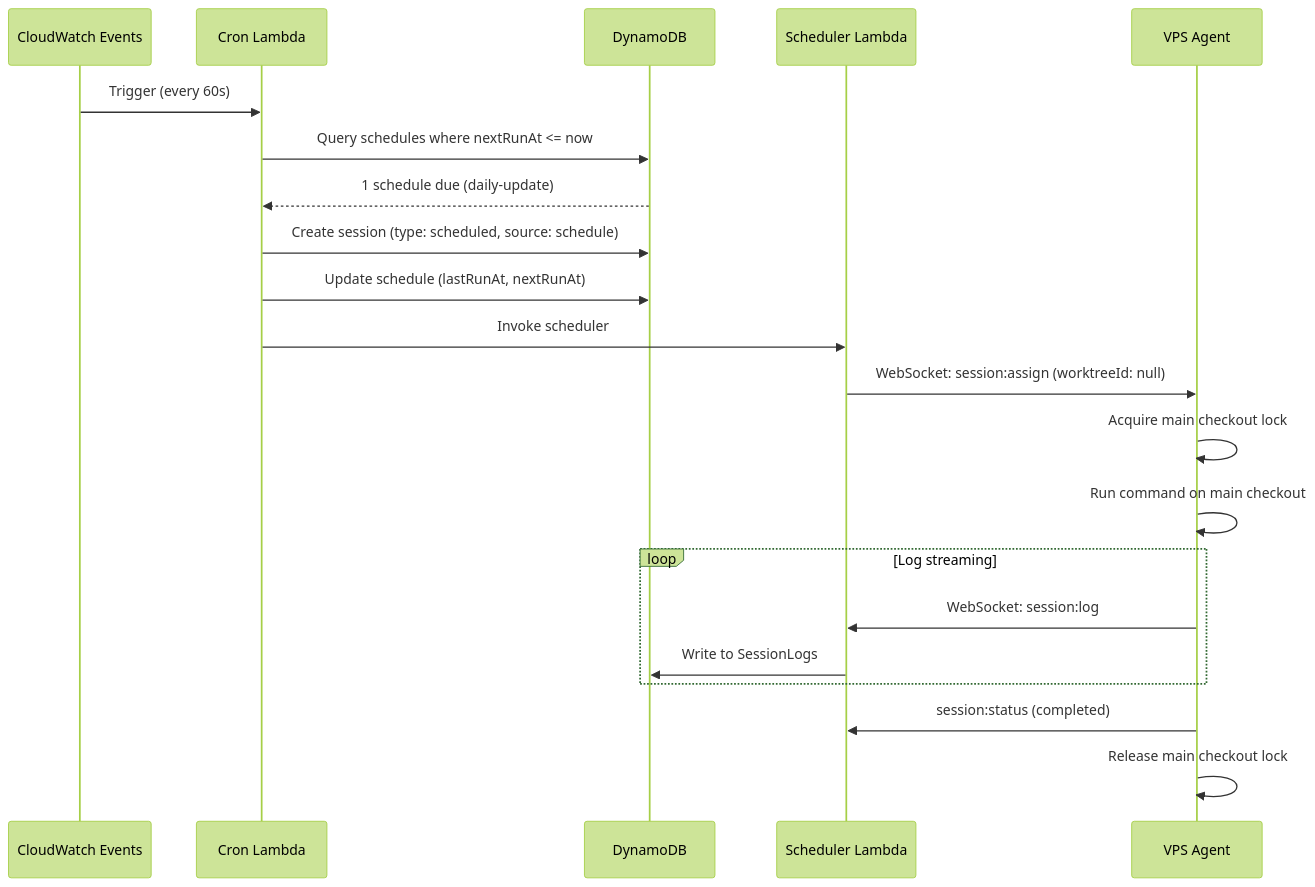
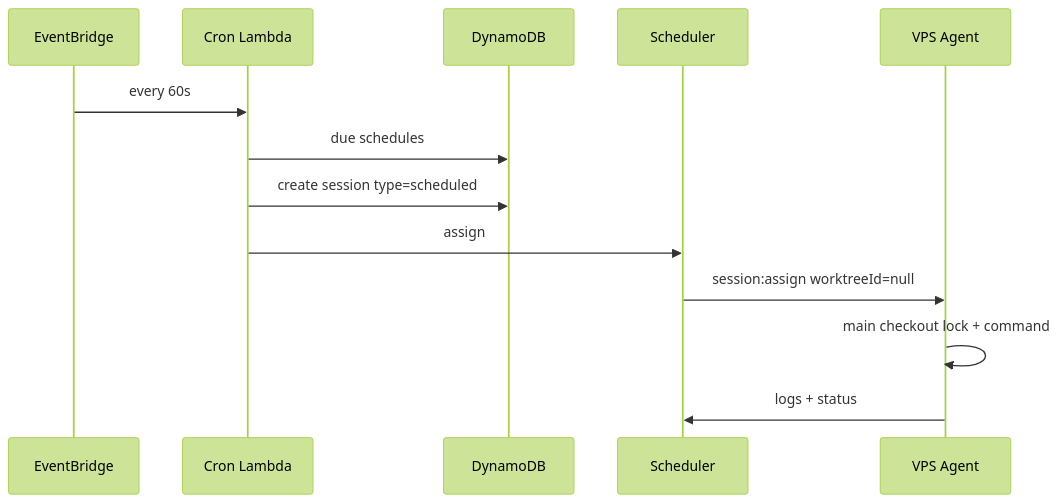
Before and after one commit to jonathanong/auto-harness: the fourth of 4 diagrams in docs/architecture.md, drawn with Mermaid (forest theme). The commit also changed other lines of this file and 15 other files, not shown here.

````diff
--- a/docs/architecture.md
+++ b/docs/architecture.md
@@ -246,26 +132,16 @@
 ```mermaid
 sequenceDiagram
-    participant CW as CloudWatch Events
-    participant Lambda as Cron Lambda
+    participant EB as EventBridge
+    participant Cron as Cron Lambda
     participant DDB as DynamoDB
-    participant Sched as Scheduler Lambda
+    participant Sched as Scheduler
     participant Agent as VPS Agent
 
-    CW->>Lambda: Trigger (every 60s)
-    Lambda->>DDB: Query schedules where nextRunAt <= now
-    DDB-->>Lambda: 1 schedule due (daily-update)
-    Lambda->>DDB: Create session (type: scheduled, source: schedule)
-    Lambda->>DDB: Update schedule (lastRunAt, nextRunAt)
-    Lambda->>Sched: Invoke scheduler
-    Sched->>Agent: WebSocket: session:assign (worktreeId: null)
-    Agent->>Agent: Acquire main checkout lock
-    Agent->>Agent: Run command on main checkout
-
-    loop Log streaming
-        Agent->>Sched: WebSocket: session:log
-        Sched->>DDB: Write to SessionLogs
-    end
-
-    Agent->>Sched: session:status (completed)
-    Agent->>Agent: Release main checkout lock
+    EB->>Cron: every 60s
+    Cron->>DDB: due schedules
+    Cron->>DDB: create session type=scheduled
+    Cron->>Sched: assign
+    Sched->>Agent: session:assign worktreeId=null
+    Agent->>Agent: main checkout lock + command
+    Agent->>Sched: logs + status
 ```
````
